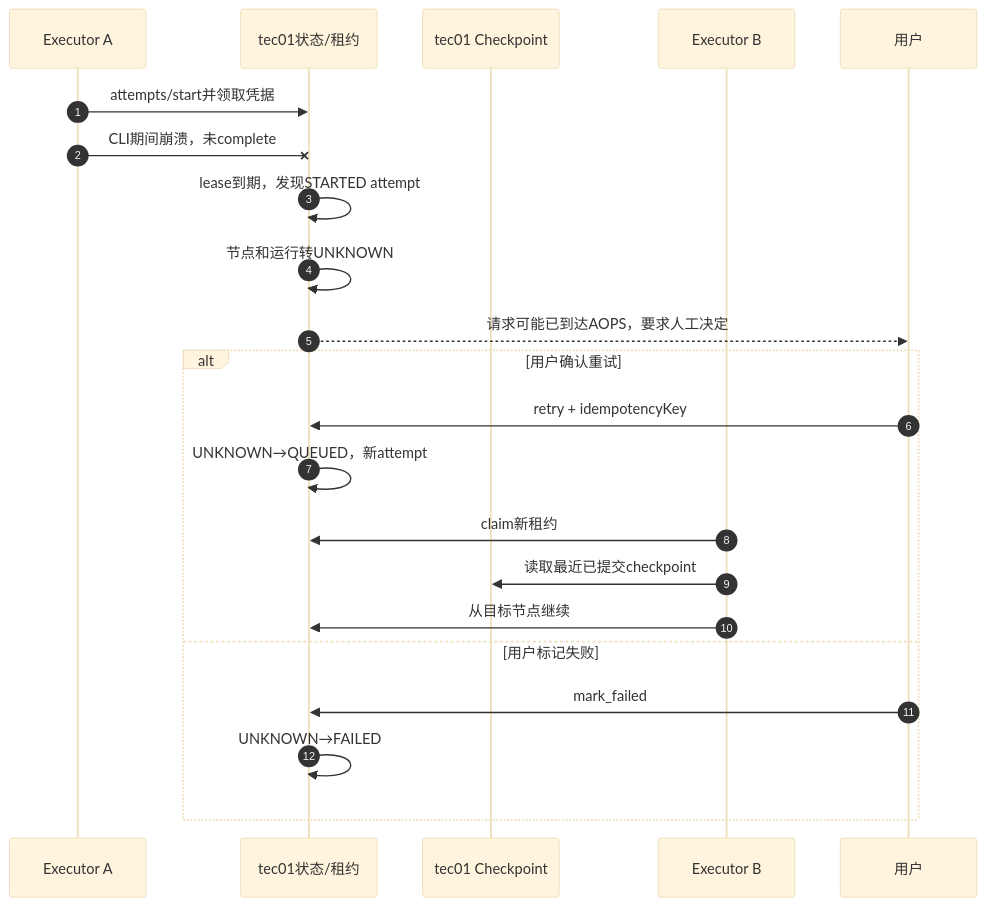
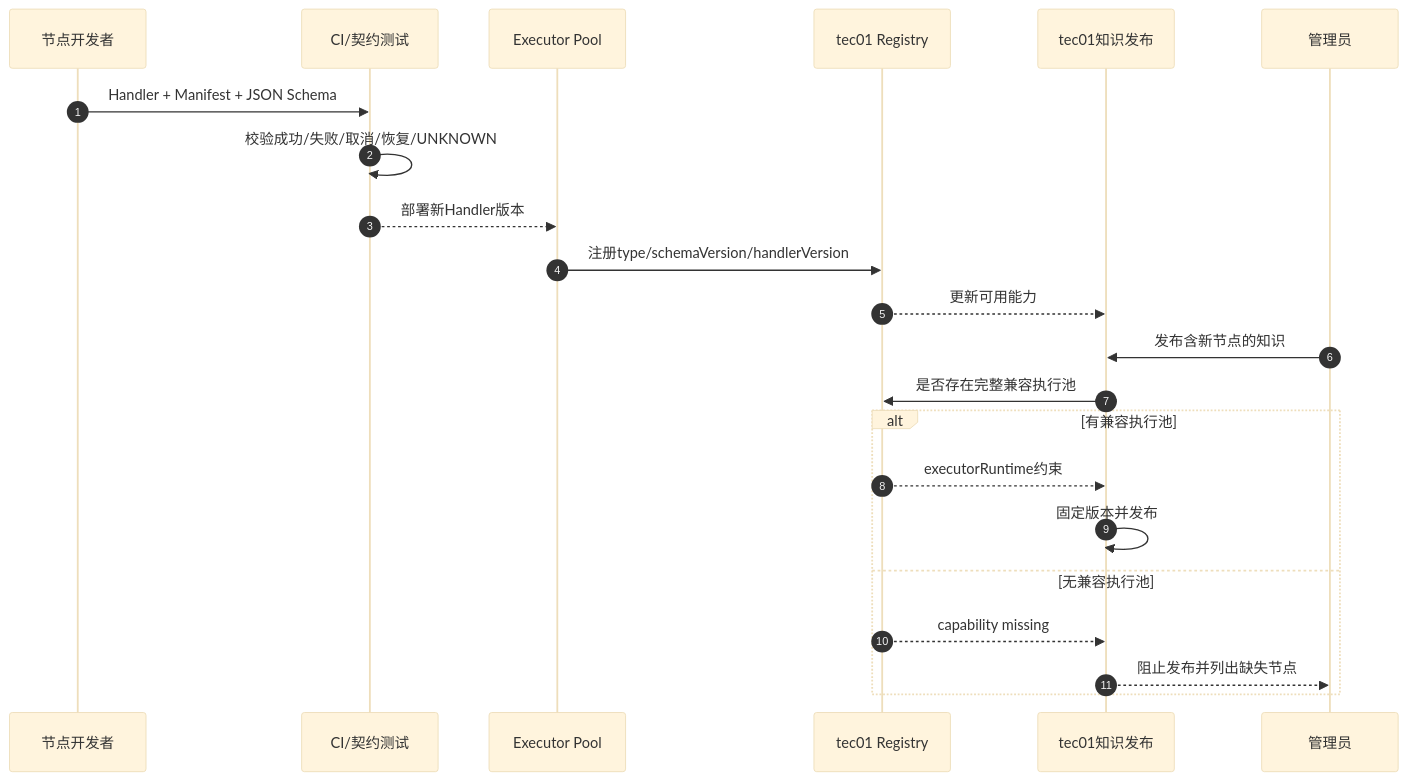
The sixth of 7 diagrams in docs/tec01-control-plane-split.md (armin1024/itsm-workflow), drawn with Mermaid (base theme) before and after one commit. The commit also changed other lines of this file and 2 other files, not shown here.

Commit message:
docs: move MCP ownership to tec01 control plane

````diff
--- a/docs/tec01-control-plane-split.md
+++ b/docs/tec01-control-plane-split.md
@@ -346,25 +389,25 @@
 ```mermaid
 sequenceDiagram
     autonumber
-    participant E1 as Executor A
-    participant C as tec01状态/租约
-    participant CP as tec01 Checkpoint
-    participant E2 as Executor B
-    participant U as 用户
+    participant D as 节点开发者
+    participant CI as CI/契约测试
+    participant E as Executor Pool
+    participant R as tec01 Registry
+    participant K as tec01知识发布
+    participant O as 管理员
 
-    E1->>C: attempts/start并领取凭据
-    E1-xC: CLI期间崩溃，未complete
-    C->>C: lease到期，发现STARTED attempt
-    C->>C: 节点和运行转UNKNOWN
-    C-->>U: 请求可能已到达AOPS，要求人工决定
-    alt 用户确认重试
-        U->>C: retry + idempotencyKey
-        C->>C: UNKNOWN→QUEUED，新attempt
-        E2->>C: claim新租约
-        E2->>CP: 读取最近已提交checkpoint
-        E2->>C: 从目标节点继续
-    else 用户标记失败
-        U->>C: mark_failed
-        C->>C: UNKNOWN→FAILED
+    D->>CI: Handler + Manifest + JSON Schema
+    CI->>CI: 校验成功/失败/取消/恢复/UNKNOWN
+    CI-->>E: 部署新Handler版本
+    E->>R: 注册type/schemaVersion/handlerVersion
+    R-->>K: 更新可用能力
+    O->>K: 发布含新节点的知识
+    K->>R: 是否存在完整兼容执行池
+    alt 有兼容执行池
+        R-->>K: executorRuntime约束
+        K->>K: 固定版本并发布
+    else 无兼容执行池
+        R-->>K: capability missing
+        K-->>O: 阻止发布并列出缺失节点
     end
 ```
````
